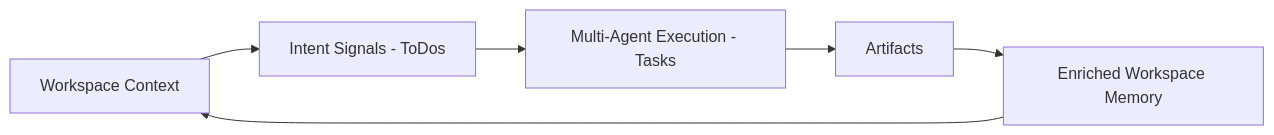
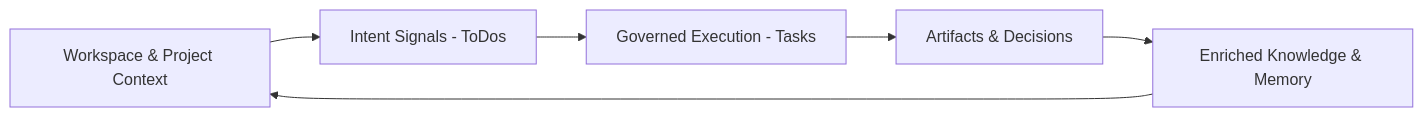
Before and after one commit to xg-gh-25/SwarmAI: the diagram in .kiro/specs/swarmai-product-design-specs/swarmai-product-overall-design.md, drawn with Mermaid. The commit also changed other lines of this file and 149 other files, not shown here.

First line of the commit message:
feat: Add TSCC, context engine, workspace explorer redesign, and radar specs

`````diff
--- a/.kiro/specs/swarmai-product-design-specs/swarmai-product-overall-design.md
+++ b/.kiro/specs/swarmai-product-design-specs/swarmai-product-overall-design.md
@@ -459,8 +213,8 @@
 ```mermaid
 flowchart LR
-    A[Workspace Context] --> B[Intent Signals - ToDos]
-    B --> C[Multi-Agent Execution - Tasks]
-    C --> D[Artifacts]
-    D --> E[Enriched Workspace Memory]
+    A[Workspace & Project Context] --> B[Intent Signals - ToDos]
+    B --> C[Governed Execution - Tasks]
+    C --> D[Artifacts & Decisions]
+    D --> E[Enriched Knowledge & Memory]
     E --> A
-```
+````
`````
